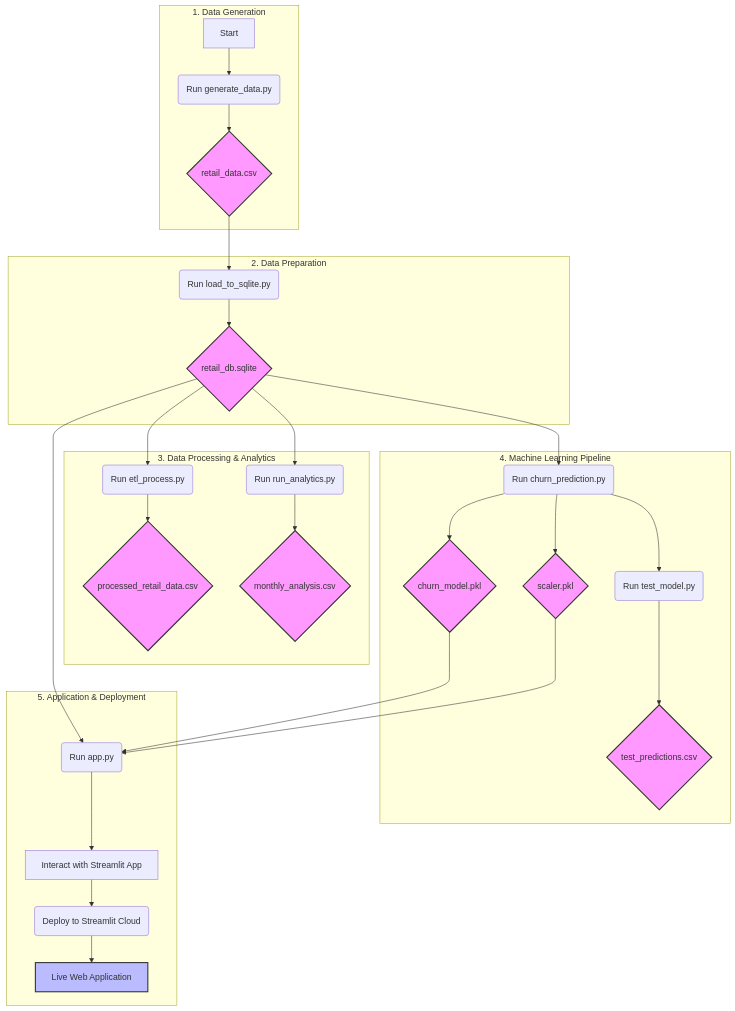
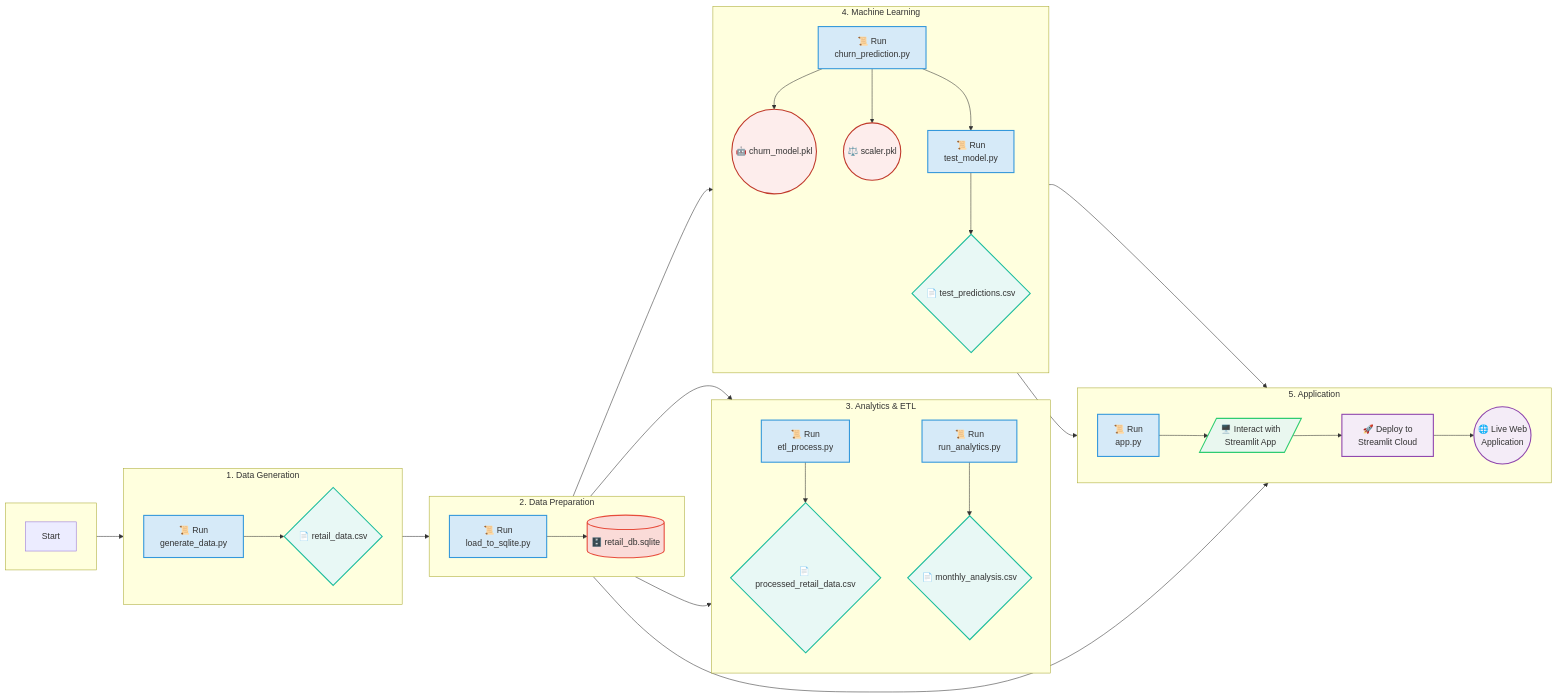
The diagram in flowchart.md (nitishmca03/Retail-Analytics-Pipeline), drawn with Mermaid before and after one commit.

Commit message:
Update flowchart with a more creative design

````diff
--- a/flowchart.md
+++ b/flowchart.md
@@ -1,43 +1,103 @@
 ```mermaid
-graph TD
+graph LR
+    subgraph " "
+        direction LR
+        A[Start]
+    end
+
     subgraph "1. Data Generation"
-        A[Start] --> B(Run generate_data.py);
-        B --> C{retail_data.csv};
+        direction LR
+        B["
+        📜 Run 
+        generate_data.py"]
+        C{"
+        📄 retail_data.csv"}
     end
 
     subgraph "2. Data Preparation"
-        C --> D(Run load_to_sqlite.py);
-        D --> E{retail_db.sqlite};
+        direction LR
+        D["
+        📜 Run 
+        load_to_sqlite.py"]
+        E[("
+        🗄️ retail_db.sqlite")]
     end
 
-    subgraph "3. Data Processing & Analytics"
-        E --> F(Run etl_process.py);
-        F --> G{processed_retail_data.csv};
-        E --> H(Run run_analytics.py);
-        H --> I{monthly_analysis.csv};
+    subgraph "3. Analytics & ETL"
+        direction TB
+        F["
+        📜 Run 
+        etl_process.py"]
+        G{"
+        📄 processed_retail_data.csv"}
+        H["
+        📜 Run 
+        run_analytics.py"]
+        I{"
+        📄 monthly_analysis.csv"}
     end
 
-    subgraph "4. Machine Learning Pipeline"
-        E --> J(Run churn_prediction.py);
-        J --> K{churn_model.pkl};
-        J --> L{scaler.pkl};
-        J --> M(Run test_model.py);
-        M --> N{test_predictions.csv};
+    subgraph "4. Machine Learning"
+        direction TB
+        J["
+        📜 Run 
+        churn_prediction.py"]
+        K(("
+        🤖 churn_model.pkl"))
+        L(("
+        ⚖️ scaler.pkl"))
+        M["
+        📜 Run 
+        test_model.py"]
+        N{"
+        📄 test_predictions.csv"}
     end
 
-    subgraph "5. Application & Deployment"
-        E & K & L --> O(Run app.py);
-        O --> P[Interact with Streamlit App];
-        P --> Q(Deploy to Streamlit Cloud);
-        Q --> R[Live Web Application];
+    subgraph "5. Application"
+        direction LR
+        O["
+        📜 Run 
+        app.py"]
+        P[/
+        🖥️ Interact with 
+        Streamlit App/]
+        Q[
+        🚀 Deploy to 
+        Streamlit Cloud]
+        R((
+        🌐 Live Web 
+        Application))
     end
 
-    style C fill:#f9f,stroke:#333,stroke-width:2px
-    style E fill:#f9f,stroke:#333,stroke-width:2px
-    style G fill:#f9f,stroke:#333,stroke-width:2px
-    style I fill:#f9f,stroke:#333,stroke-width:2px
-    style K fill:#f9f,stroke:#333,stroke-width:2px
-    style L fill:#f9f,stroke:#333,stroke-width:2px
-    style N fill:#f9f,stroke:#333,stroke-width:2px
-    style R fill:#bbf,stroke:#333,stroke-width:2px
+    A --> B
+    B --> C
+    C --> D
+    D --> E
+    E --> F
+    F --> G
+    E --> H
+    H --> I
+    E --> J
+    J --> K
+    J --> L
+    J --> M
+    M --> N
+    E & K & L --> O
+    O --> P
+    P --> Q
+    Q --> R
+
+    classDef script fill:#D6EAF8,stroke:#3498DB,stroke-width:2px;
+    classDef data fill:#E8F8F5,stroke:#1ABC9C,stroke-width:2px;
+    classDef db fill:#FADBD8,stroke:#E74C3C,stroke-width:2px;
+    classDef model fill:#FDEDEC,stroke:#C0392B,stroke-width:2px;
+    classDef app fill:#E9F7EF,stroke:#2ECC71,stroke-width:2px;
+    classDef deploy fill:#F4ECF7,stroke:#8E44AD,stroke-width:2px;
+
+    class B,D,F,H,J,M,O script;
+    class C,G,I,N data;
+    class E db;
+    class K,L model;
+    class P app;
+    class Q,R deploy;
 ```
````
